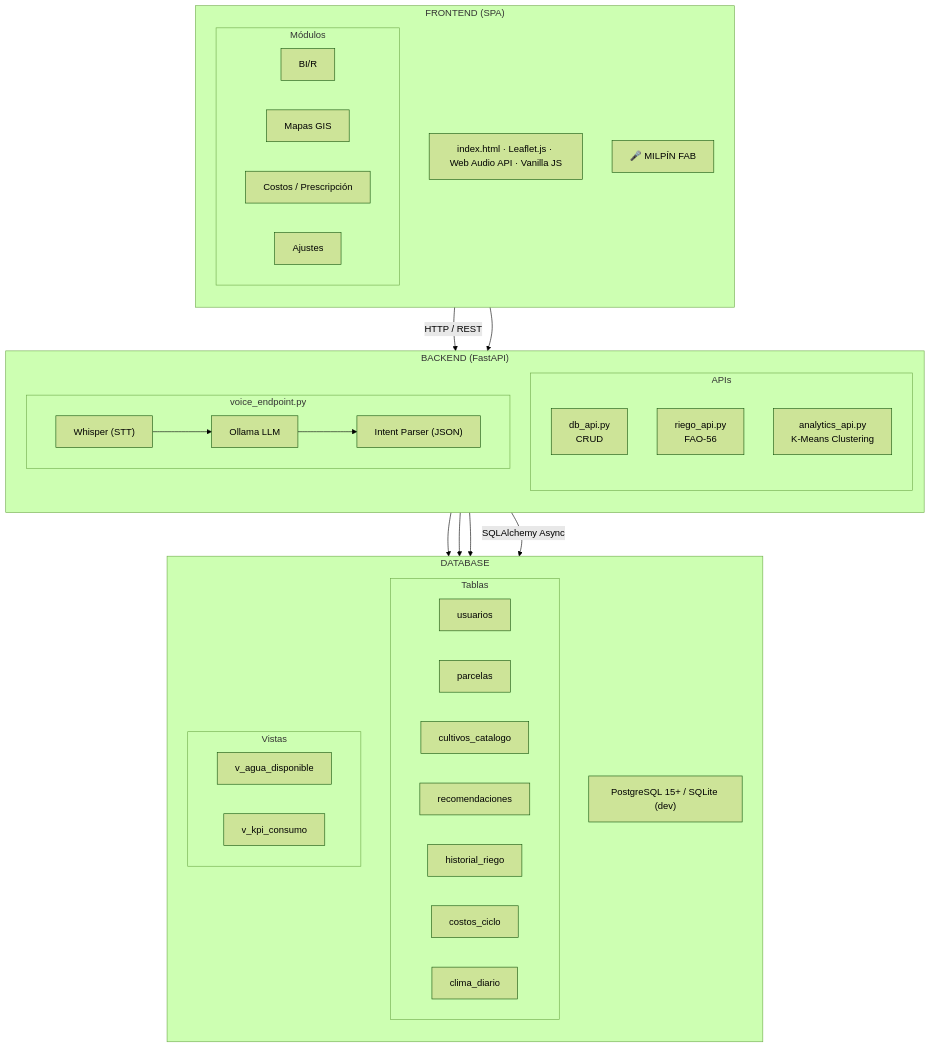
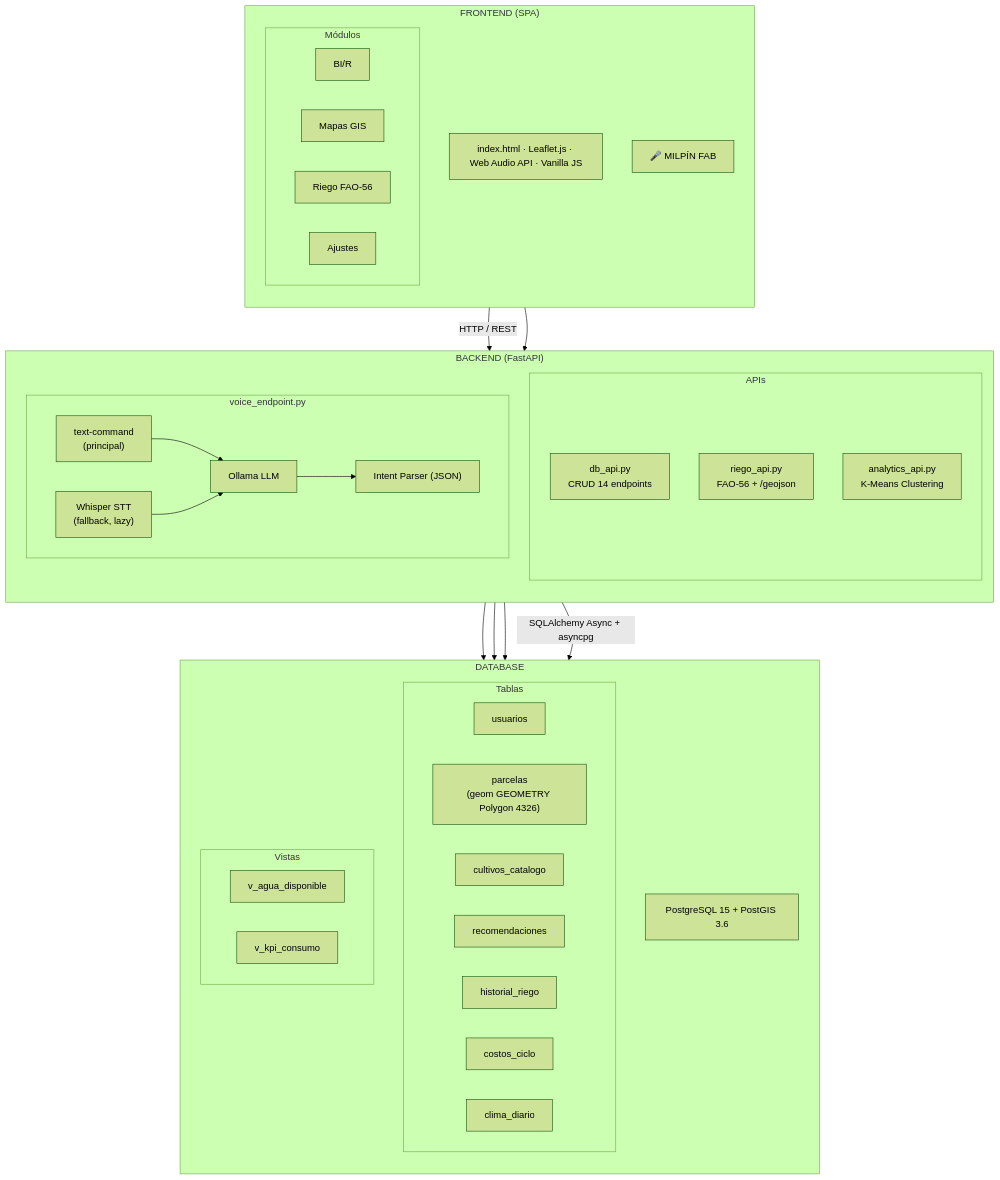
The first of 3 diagrams in README.md (Zidnz/Milpin-pp26-v.1-), drawn with Mermaid (forest theme) before and after one commit. The commit also changed other lines of this file, not shown here.

````diff
--- a/README.md
+++ b/README.md
@@ -130,64 +158,57 @@
 ```mermaid
 flowchart TB
-
     subgraph FRONTEND["FRONTEND (SPA)"]
         direction TB
         FE_TECH["index.html · Leaflet.js · Web Audio API · Vanilla JS"]
-
         subgraph FE_MODULES["Módulos"]
             BI["BI/R"]
             GIS["Mapas GIS"]
-            COST["Costos / Prescripción"]
+            RIEGO["Riego FAO-56"]
             SETT["Ajustes"]
         end
-
         VOICE_UI["🎤 MILPÍN FAB"]
     end
 
     subgraph BACKEND["BACKEND (FastAPI)"]
         direction TB
-
         subgraph APIS["APIs"]
-            DB_API["db_api.py\nCRUD"]
-            RIEGO_API["riego_api.py\nFAO-56"]
+            DB_API["db_api.py\nCRUD 14 endpoints"]
+            RIEGO_API["riego_api.py\nFAO-56 + /geojson"]
             ANALYTICS_API["analytics_api.py\nK-Means Clustering"]
         end
-
         subgraph VOICE_PIPELINE["voice_endpoint.py"]
-            WHISPER["Whisper (STT)"]
+            TEXT_CMD["text-command\n(principal)"]
+            WHISPER["Whisper STT\n(fallback, lazy)"]
             OLLAMA["Ollama LLM"]
             PARSER["Intent Parser (JSON)"]
-
-            WHISPER --> OLLAMA --> PARSER
+            TEXT_CMD --> OLLAMA
+            WHISPER --> OLLAMA
+            OLLAMA --> PARSER
         end
     end
 
     subgraph DB["DATABASE"]
         direction TB
-        DB_ENGINE["PostgreSQL 15+ / SQLite (dev)"]
-
+        DB_ENGINE["PostgreSQL 15 + PostGIS 3.6"]
         subgraph TABLES["Tablas"]
             USERS["usuarios"]
-            PARCELAS["parcelas"]
+            PARCELAS["parcelas\n(geom GEOMETRY Polygon 4326)"]
             CULTIVOS["cultivos_catalogo"]
             RECOM["recomendaciones"]
             HIST["historial_riego"]
             COSTOS["costos_ciclo"]
             CLIMA["clima_diario"]
         end
-
         subgraph VIEWS["Vistas"]
             V_AGUA["v_agua_disponible"]
             V_KPI["v_kpi_consumo"]
         end
     end
 
     FRONTEND -->|"HTTP / REST"| BACKEND
-    BACKEND -->|"SQLAlchemy Async"| DB
-
+    BACKEND -->|"SQLAlchemy Async + asyncpg"| DB
     VOICE_UI --> BACKEND
     DB_API --> DB_ENGINE
     RIEGO_API --> DB_ENGINE
     ANALYTICS_API --> DB_ENGINE
-
 ```
````
